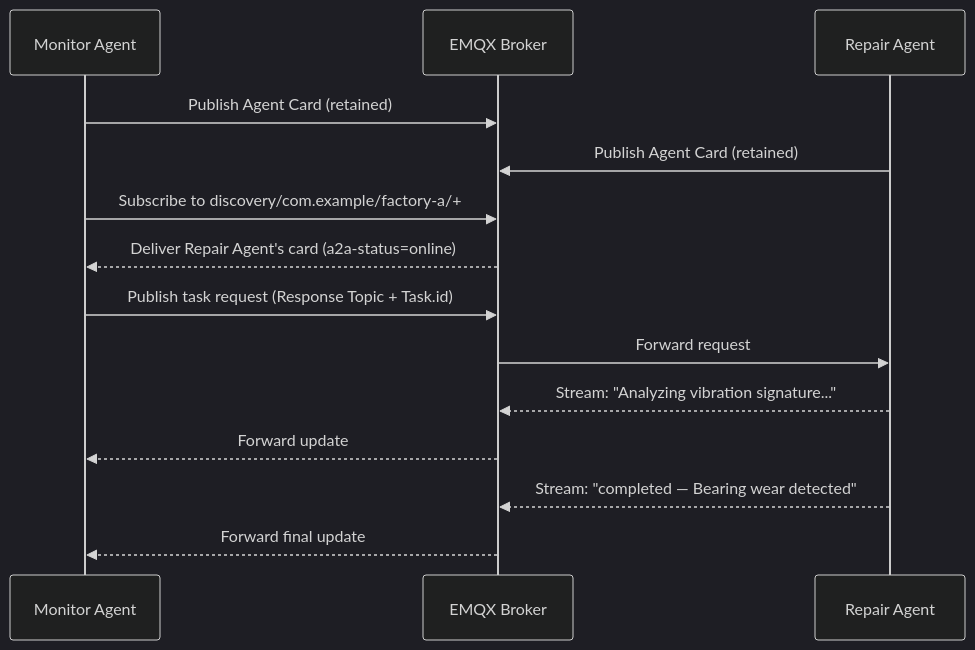
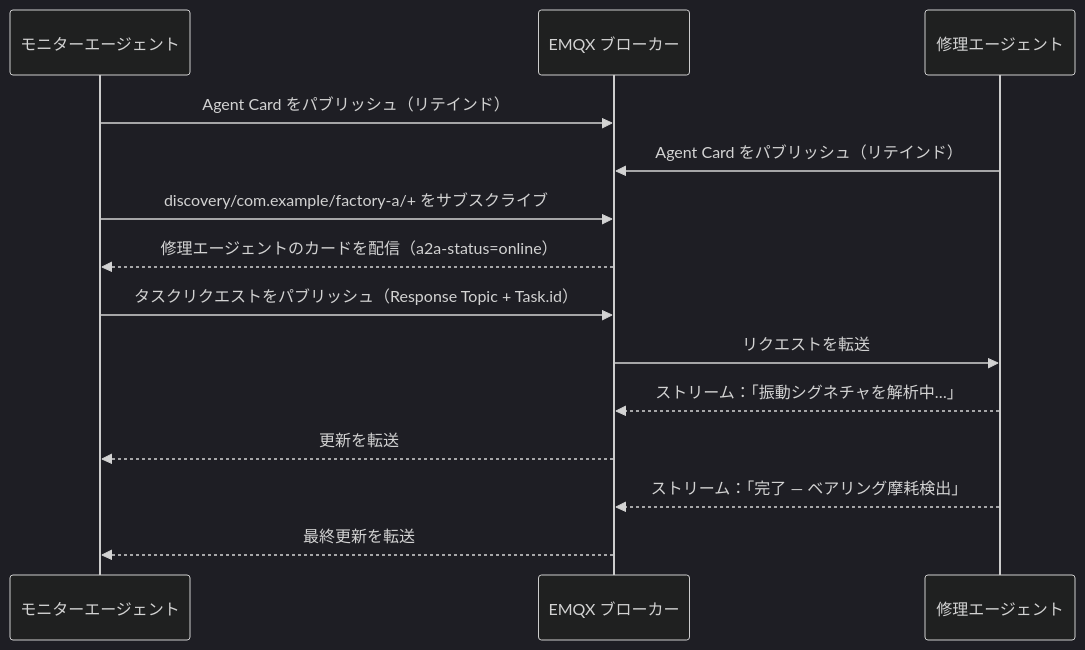
The second of 2 diagrams in ja_JP/emqx-ai/a2a-over-mqtt/architecture.md (emqx/emqx-docs), drawn with Mermaid (dark theme) before and after one commit. The commit also changed other lines of this file and 403 other files, not shown here.

````diff
--- a/ja_JP/emqx-ai/a2a-over-mqtt/architecture.md
+++ b/ja_JP/emqx-ai/a2a-over-mqtt/architecture.md
@@ -153,17 +153,17 @@
 ```mermaid
 sequenceDiagram
-    participant M as Monitor Agent
-    participant E as EMQX Broker
-    participant R as Repair Agent
+    participant M as モニターエージェント
+    participant E as EMQX ブローカー
+    participant R as 修理エージェント
 
-    M->>E: Publish Agent Card (retained)
-    R->>E: Publish Agent Card (retained)
-    M->>E: Subscribe to discovery/com.example/factory-a/+
-    E-->>M: Deliver Repair Agent's card (a2a-status=online)
-    M->>E: Publish task request (Response Topic + Task.id)
-    E->>R: Forward request
-    R-->>E: Stream: "Analyzing vibration signature..."
-    E-->>M: Forward update
-    R-->>E: Stream: "completed — Bearing wear detected"
-    E-->>M: Forward final update
+    M->>E: Agent Card をパブリッシュ（リテインド）
+    R->>E: Agent Card をパブリッシュ（リテインド）
+    M->>E: discovery/com.example/factory-a/+ をサブスクライブ
+    E-->>M: 修理エージェントのカードを配信（a2a-status=online）
+    M->>E: タスクリクエストをパブリッシュ（Response Topic + Task.id）
+    E->>R: リクエストを転送
+    R-->>E: ストリーム：「振動シグネチャを解析中…」
+    E-->>M: 更新を転送
+    R-->>E: ストリーム：「完了 — ベアリング摩耗検出」
+    E-->>M: 最終更新を転送
 ```
````
